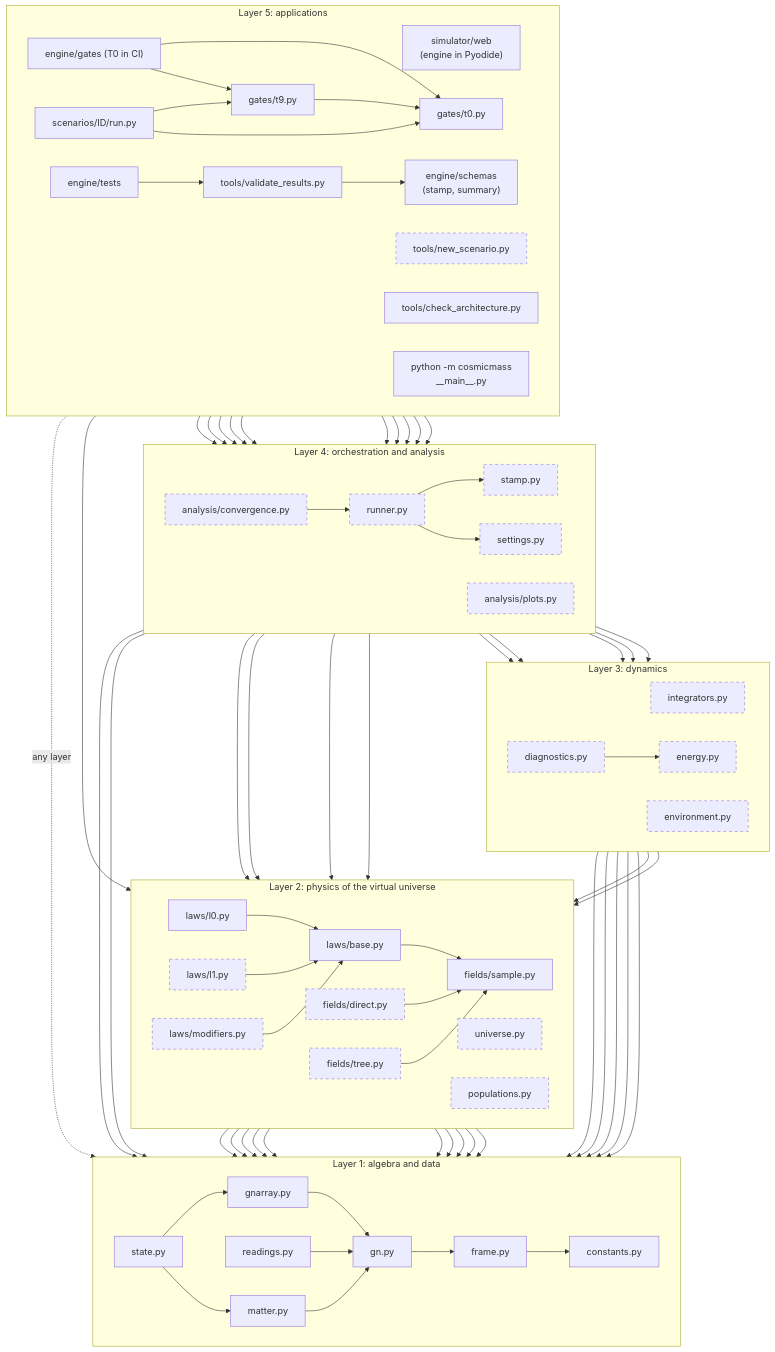
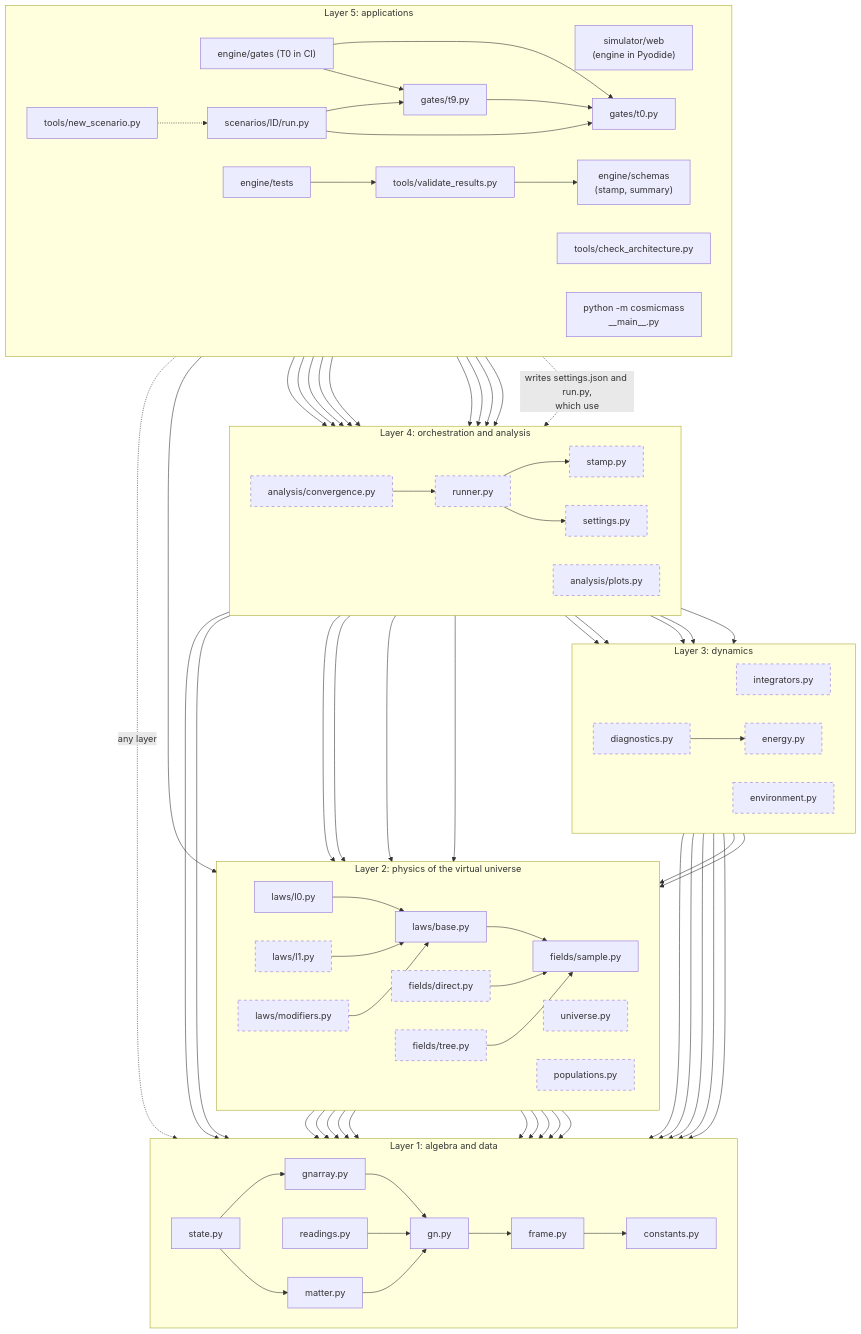
Before and after one commit to isaacmindx-collab/cosmic-mass-lab: the second of 8 diagrams in ARCHITECTURE.md, drawn with Mermaid. The commit also changed other lines of this file and 6 other files, not shown here.

Commit message:
P5: scenario scaffold tools/new_scenario.py, tests, scenarios/README.md; ARCHITECTURE.md (D18)

```diff
--- a/ARCHITECTURE.md
+++ b/ARCHITECTURE.md
@@ -137,7 +137,7 @@
     subgraph L5["Layer 5: applications"]
         direction LR
         webui["simulator/web<br/>(engine in Pyodide)"]
-        scaffold["tools/new_scenario.py"]:::planned
+        scaffold["tools/new_scenario.py"]
         archcheck["tools/check_architecture.py"]
         validate["tools/validate_results.py"]
         schemas["engine/schemas<br/>(stamp, summary)"]
@@ -208,7 +208,8 @@
     tests --> validate
     validate --> schemas
     webui --> runner
-    scaffold --> settings
+    scaffold -.->|"writes settings.json and run.py,<br/>which use"| settings
+    scaffold -.-> scen
     runner --> integrators
     runner --> environment
     runner --> diagnostics
```
